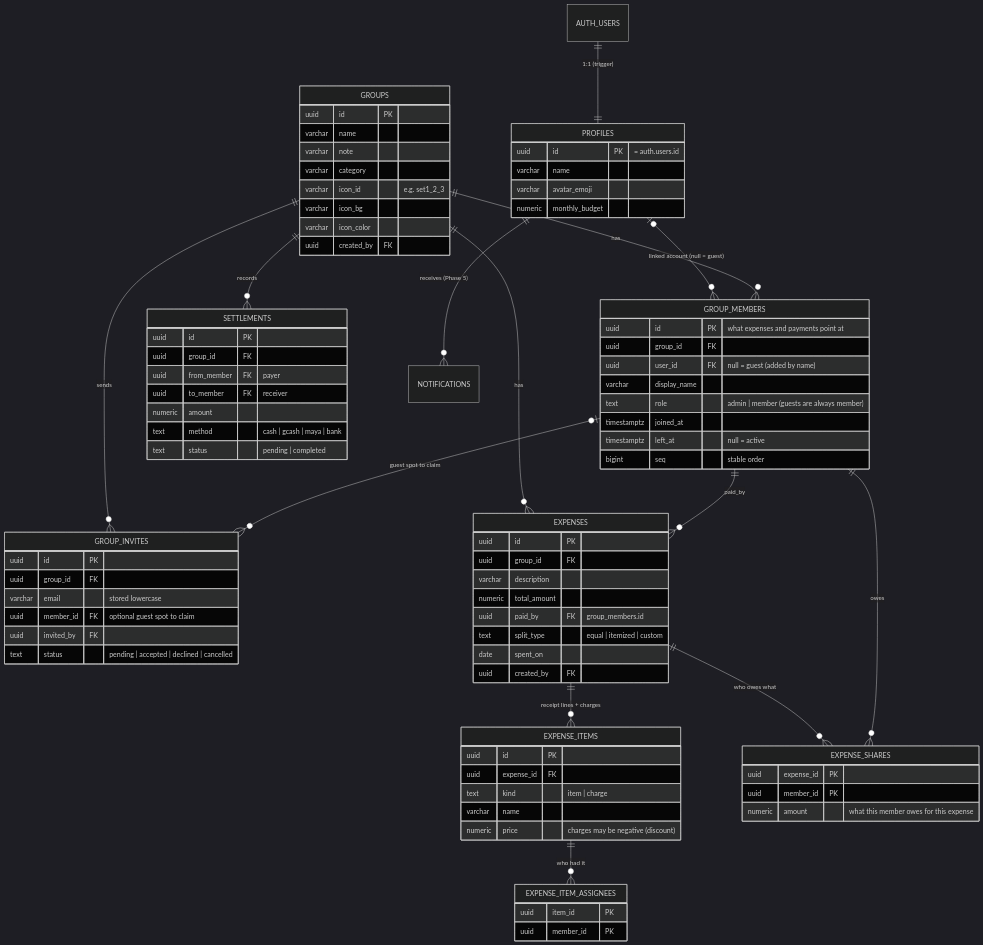
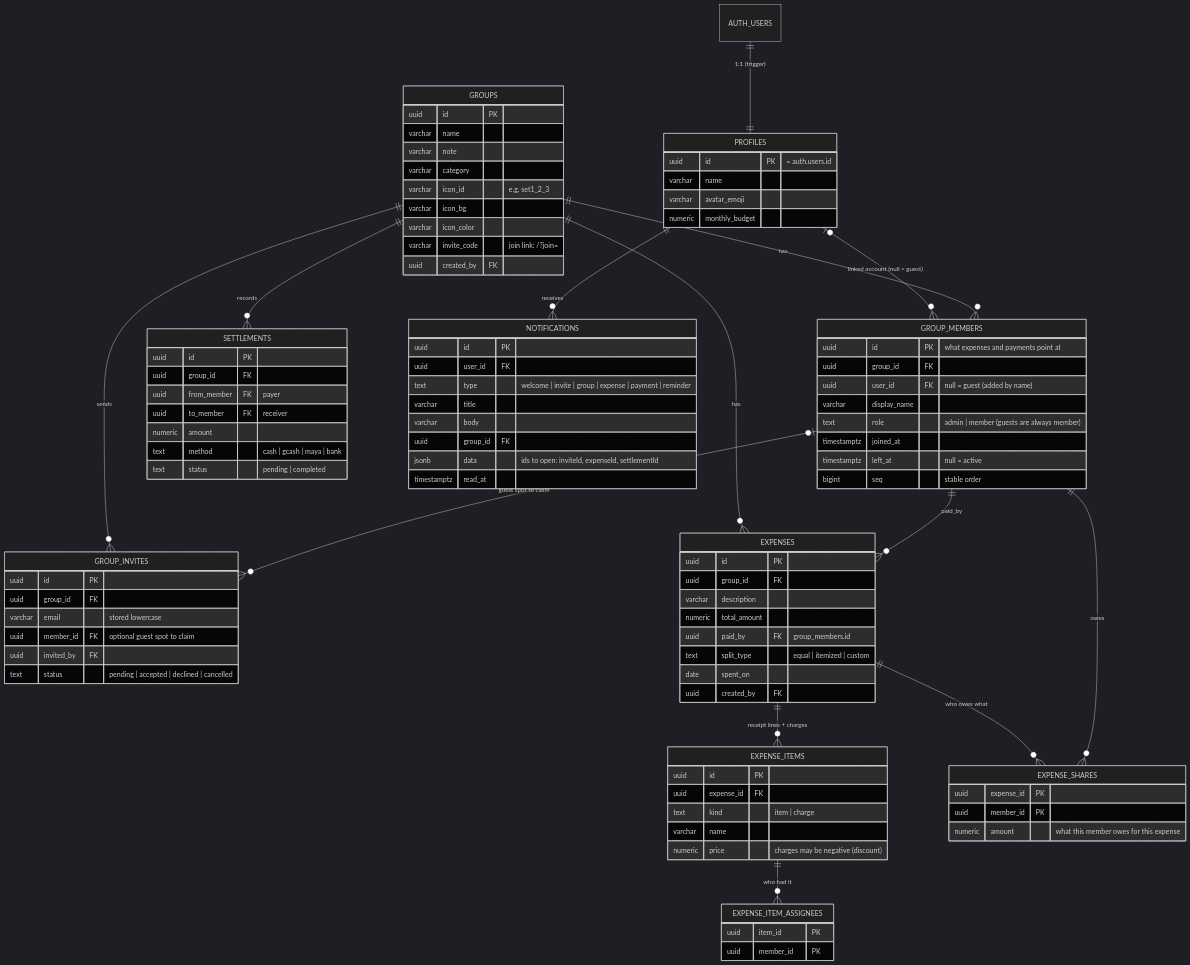
The third of 3 diagrams in docs/ARCHITECTURE.md (francoiseee/gastosaurus), drawn with Mermaid (dark theme) before and after one commit. The commit also changed other lines of this file and 62 other files, not shown here.

````diff
--- a/docs/ARCHITECTURE.md
+++ b/docs/ARCHITECTURE.md
@@ -175,7 +190,7 @@
   EXPENSES ||--o{ EXPENSE_SHARES : "who owes what"
   GROUP_MEMBERS ||--o{ EXPENSE_SHARES : owes
   GROUPS ||--o{ SETTLEMENTS : records
-  PROFILES ||--o{ NOTIFICATIONS : "receives (Phase 5)"
+  PROFILES ||--o{ NOTIFICATIONS : receives
 
   PROFILES {
     uuid id PK "= auth.users.id"
@@ -191,6 +206,7 @@
     varchar icon_id "e.g. set1_2_3"
     varchar icon_bg
     varchar icon_color
+    varchar invite_code "join link: /?join=<code>"
     uuid created_by FK
   }
   GROUP_MEMBERS {
@@ -246,4 +262,14 @@
     text method "cash | gcash | maya | bank"
     text status "pending | completed"
   }
+  NOTIFICATIONS {
+    uuid id PK
+    uuid user_id FK
+    text type "welcome | invite | group | expense | payment | reminder"
+    varchar title
+    varchar body
+    uuid group_id FK
+    jsonb data "ids to open: inviteId, expenseId, settlementId"
+    timestamptz read_at
+  }
 ```
````
